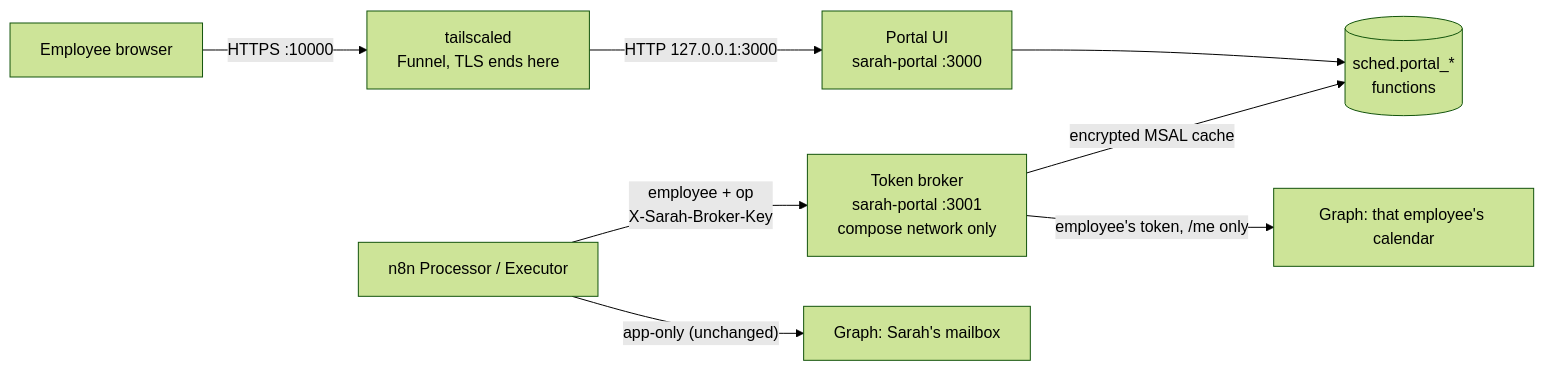
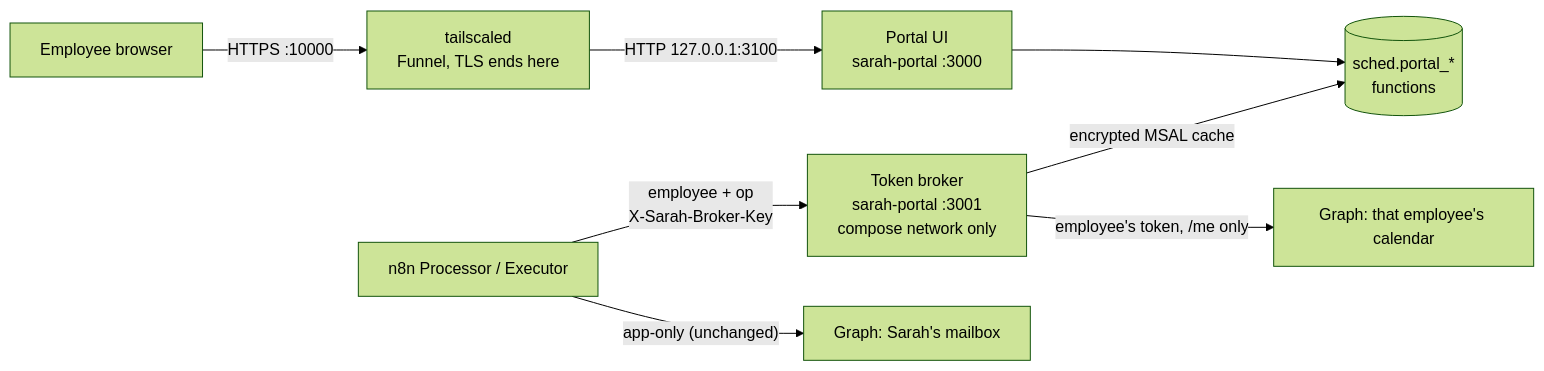
One commit to CaseyCutshall-BluZoneBio/bzb-secretary-agent changed the diagram in docs/09-portal.md. Above: the diagram before and after it, drawn with Mermaid (forest theme). The commit also changed other lines of this file and 4 other files, not shown here.

````diff
--- a/docs/09-portal.md
+++ b/docs/09-portal.md
@@ -14,10 +14,10 @@
 ```mermaid
 flowchart LR
   U[Employee browser] -- HTTPS :10000 --> F[tailscaled<br/>Funnel, TLS ends here]
-  F -- HTTP 127.0.0.1:3000 --> P[Portal UI<br/>sarah-portal :3000]
+  F -- HTTP 127.0.0.1:3100 --> P[Portal UI<br/>sarah-portal :3000]
   P --> DB[(sched.portal_*<br/>functions)]
   N[n8n Processor / Executor] -- "employee + op<br/>X-Sarah-Broker-Key" --> B[Token broker<br/>sarah-portal :3001<br/>compose network only]
   B -- encrypted MSAL cache --> DB
   B -- "employee's token, /me only" --> G[Graph: that employee's calendar]
   N -- "app-only (unchanged)" --> M[Graph: Sarah's mailbox]
 ```
````
